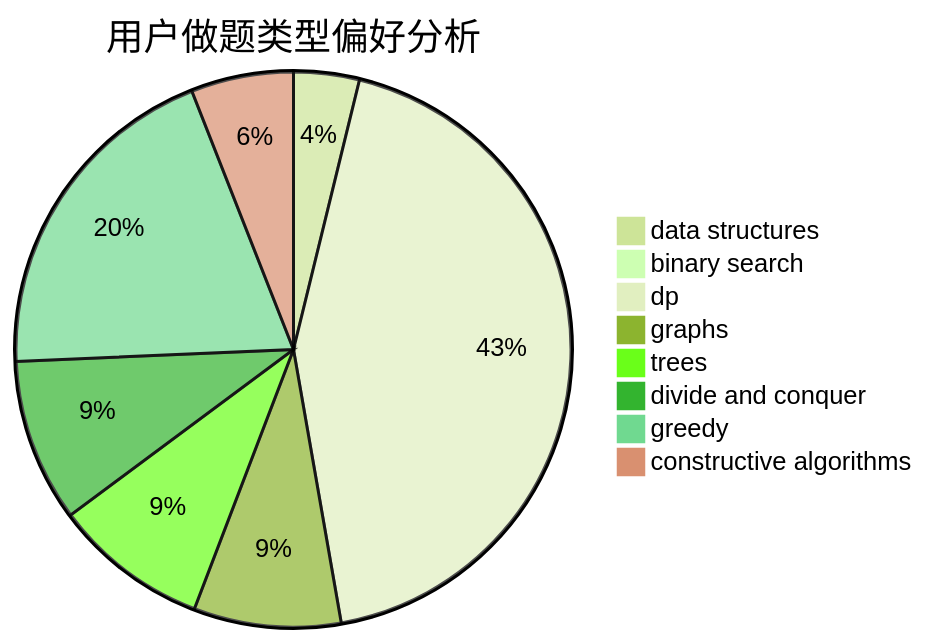
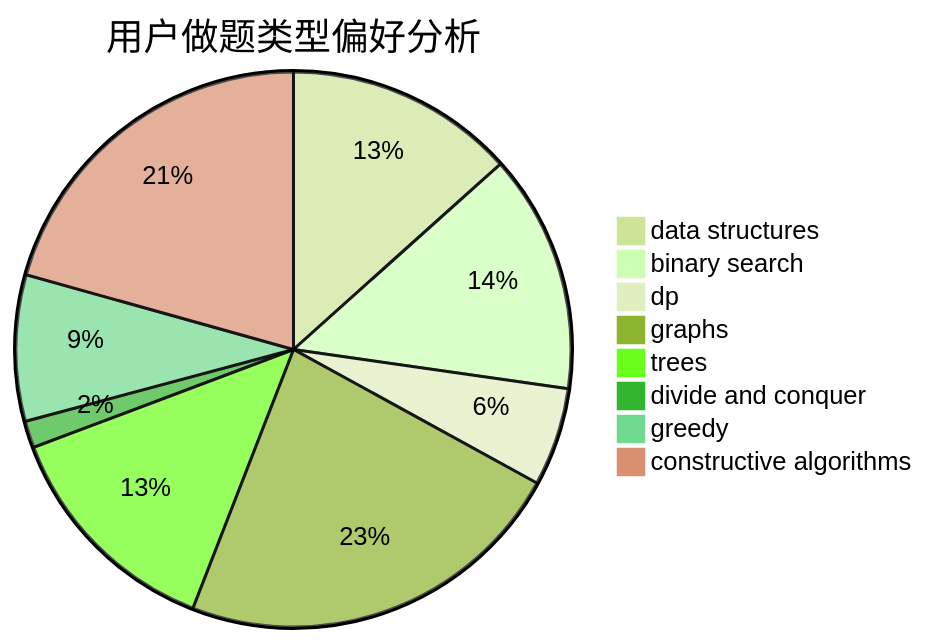
Before and after one commit to sherpahu/cfrs.github.io: the second of 3 diagrams in docs/user/u1645.md, drawn with Mermaid (forest theme). The commit also changed other lines of this file and 2770 other files, not shown here.

````diff
--- a/docs/user/u1645.md
+++ b/docs/user/u1645.md
@@ -23,11 +23,11 @@
 ```mermaid
 pie title 用户做题类型偏好分析
-    "data structures" :  25
-    "binary search" :  4
-    "dp" :  284
-    "graphs" :  56
-    "trees" :  59
-    "divide and conquer" :  62
-    "greedy" :  129
-    "constructive algorithms" :  39
+    "data structures" :  77
+    "binary search" :  80
+    "dp" :  33
+    "graphs" :  132
+    "trees" :  77
+    "divide and conquer" :  9
+    "greedy" :  49
+    "constructive algorithms" :  119
 ```
````
